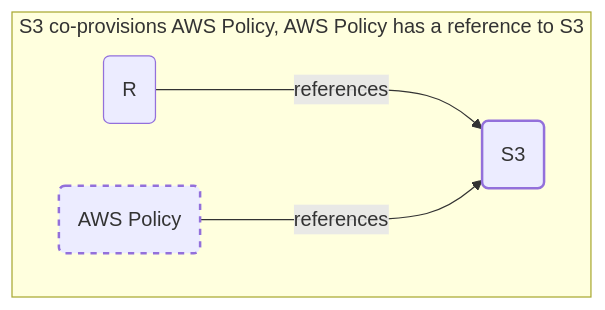
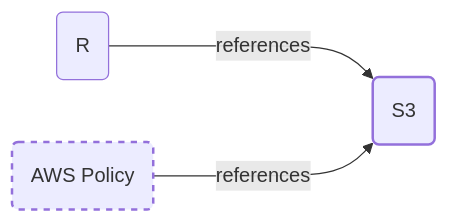
One commit to humanitec-architecture/example-library changed the diagram in resource-definitions/terraform-driver/co-provision/README.md. Above: the diagram before and after it, drawn with Mermaid.

Commit message:
Simplified mermaid diagram

````diff
--- a/resource-definitions/terraform-driver/co-provision/README.md
+++ b/resource-definitions/terraform-driver/co-provision/README.md
@@ -10,14 +10,11 @@
 ```mermaid
-flowchart TB
-  subgraph fig1 ["S3 co-provisions AWS Policy, AWS Policy has a reference to S3"]
-    direction LR
-    R1(R) --->|references| R2(S3)
-    N1(AWS Policy) --->|references| R2
-  end
+flowchart LR
+  R1(R) --->|references| R2(S3)
+  N1(AWS Policy) --->|references| R2
   classDef pClass stroke-width:1px
   classDef rClass stroke-width:2px
   classDef nClass stroke-width:2px,stroke-dasharray: 5 5
   class R1 pClass
   class R2 rClass
   class N1 nClass
 ```
````
